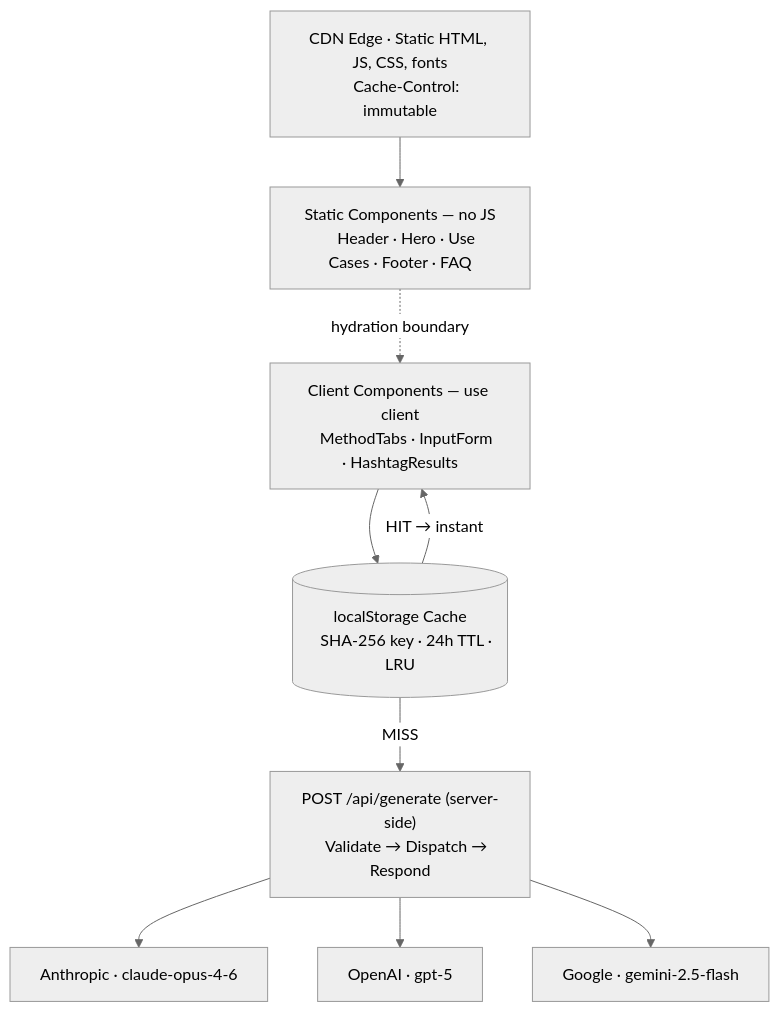
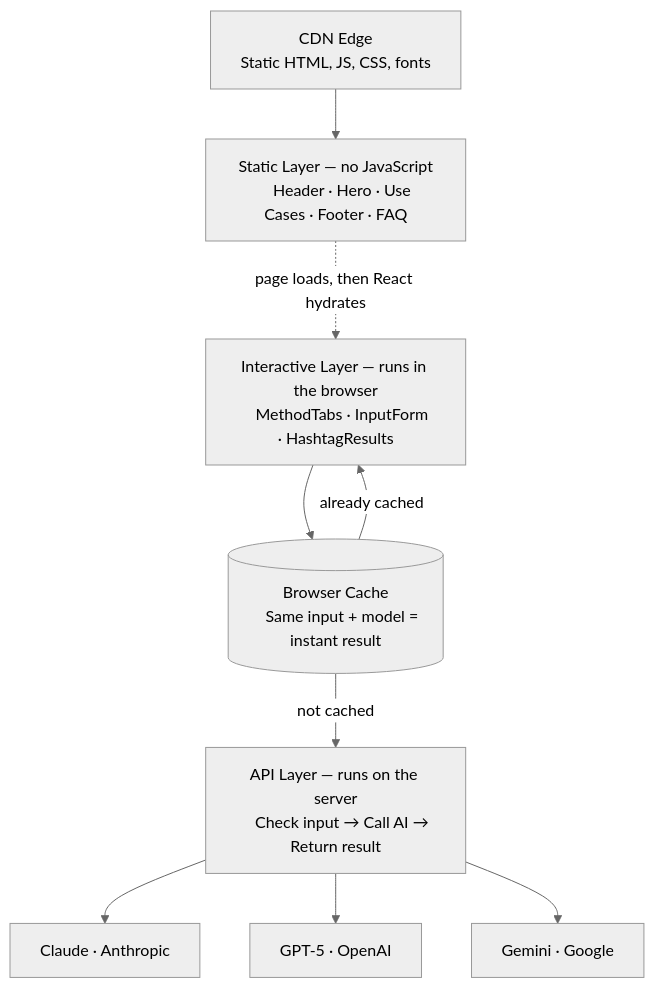
Before and after one commit to kalebjdavenport/HashtagGeneratorPro: the diagram in README.md, drawn with Mermaid (neutral theme). The commit also changed other lines of this file, not shown here.

Commit message:
Rewrite architecture section for clarity
Replace jargon-heavy architecture docs with plain-language explanation
of the three layers (static, interactive, API) and what happens step
by step when a user clicks Generate. Simplify the Mermaid diagram
labels to match.

````diff
--- a/README.md
+++ b/README.md
@@ -65,21 +74,21 @@
 ```mermaid
 flowchart TD
-    CDN["CDN Edge · Static HTML, JS, CSS, fonts
-    Cache-Control: immutable"]
+    CDN["CDN Edge
+    Static HTML, JS, CSS, fonts"]
     CDN --> Static
-    Static["Static Components — no JS
+    Static["Static Layer — no JavaScript
     Header · Hero · Use Cases · Footer · FAQ"]
-    Static -. hydration boundary .-> Interactive
-    Interactive["Client Components — use client
+    Static -. page loads, then React hydrates .-> Interactive
+    Interactive["Interactive Layer — runs in the browser
     MethodTabs · InputForm · HashtagResults"]
     Interactive --> Cache
-    Cache[("localStorage Cache
-    SHA-256 key · 24h TTL · LRU")]
-    Cache -- HIT → instant --> Interactive
-    Cache -- MISS --> Route
-    Route["POST /api/generate (server-side)
-    Validate → Dispatch → Respond"]
-    Route --> Claude[Anthropic · claude-opus-4-6]
-    Route --> GPT[OpenAI · gpt-5]
-    Route --> Gemini[Google · gemini-2.5-flash]
+    Cache[("Browser Cache
+    Same input + model = instant result")]
+    Cache -- "already cached" --> Interactive
+    Cache -- "not cached" --> Route
+    Route["API Layer — runs on the server
+    Check input → Call AI → Return result"]
+    Route --> Claude[Claude · Anthropic]
+    Route --> GPT[GPT-5 · OpenAI]
+    Route --> Gemini[Gemini · Google]
 ```
````
